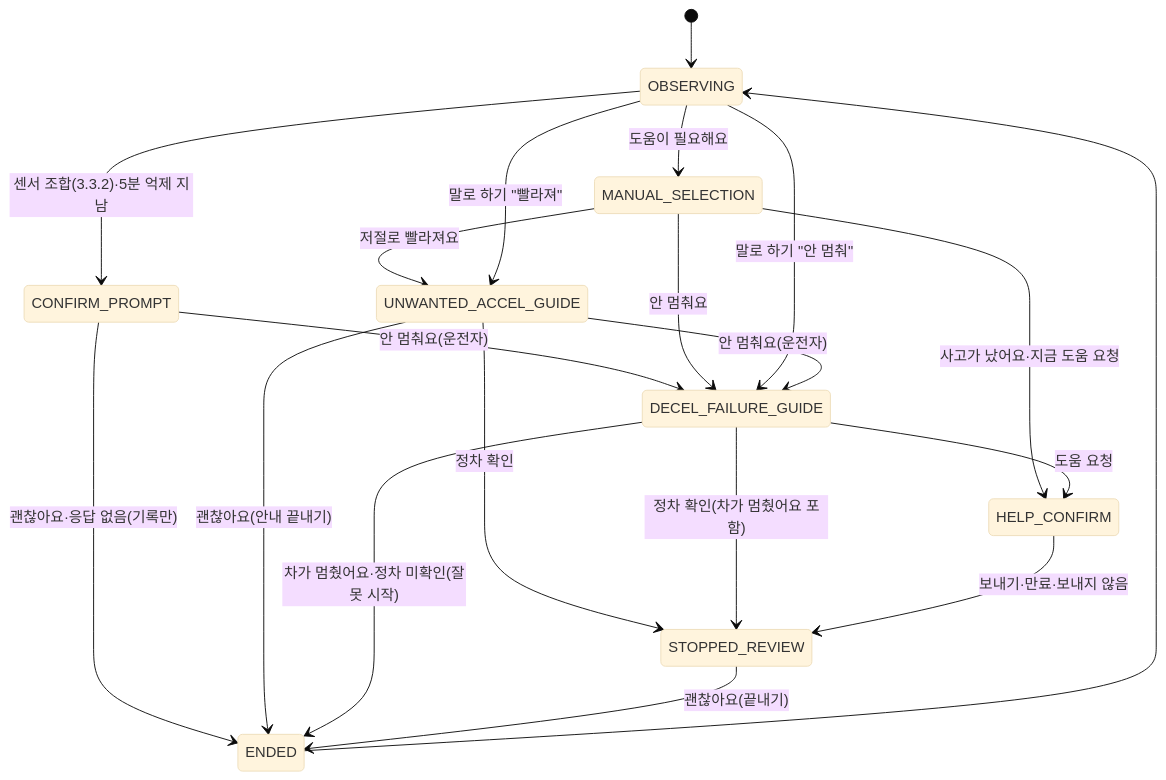
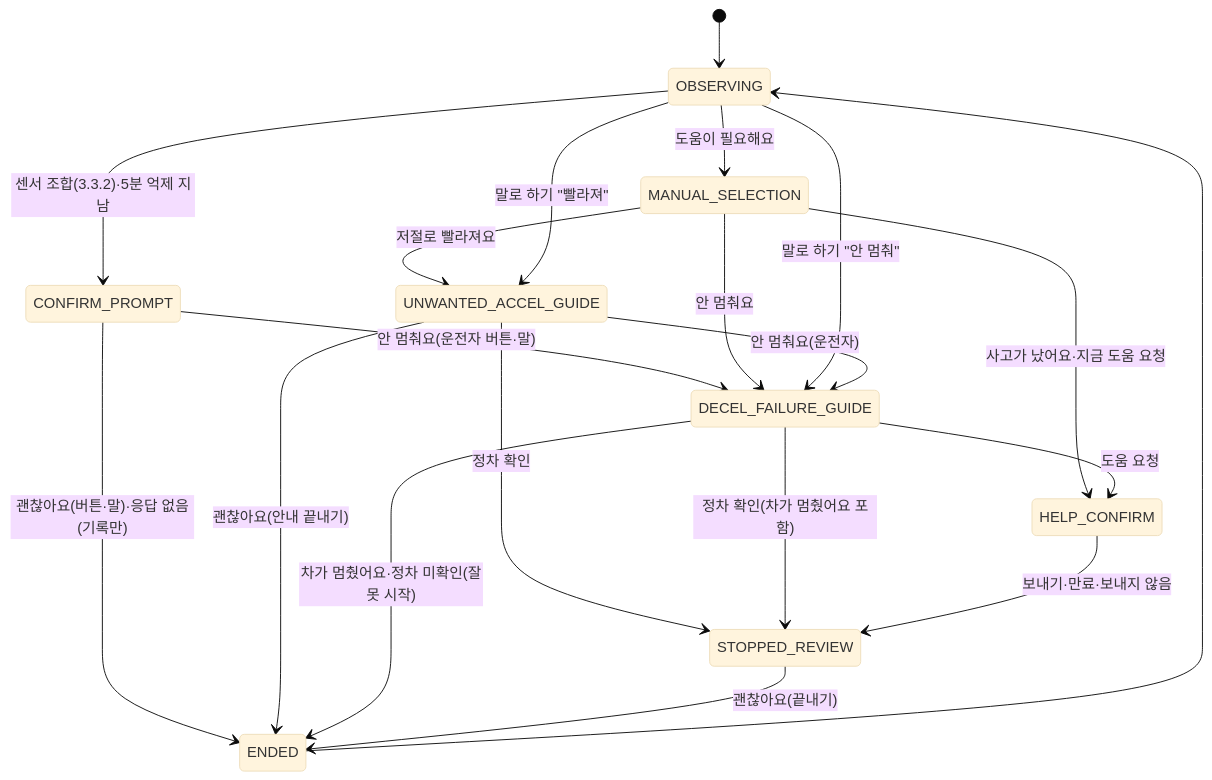
One commit to himangga01/pleos_super_guard changed the second of 3 diagrams in hyundai_app_market/docs/analysis/integrated-vehicle-care-2026-11-12.md. Above: the diagram before and after it, drawn with Mermaid (base theme). The commit also changed other lines of this file and 11 other files, not shown here.

````diff
--- a/hyundai_app_market/docs/analysis/integrated-vehicle-care-2026-11-12.md
+++ b/hyundai_app_market/docs/analysis/integrated-vehicle-care-2026-11-12.md
@@ -562,22 +562,22 @@
 ```mermaid
 stateDiagram-v2
   [*] --> OBSERVING
   OBSERVING --> CONFIRM_PROMPT: 센서 조합(3.3.2)·5분 억제 지남
-  CONFIRM_PROMPT --> DECEL_FAILURE_GUIDE: 안 멈춰요(운전자)
-  CONFIRM_PROMPT --> ENDED: 괜찮아요·응답 없음(기록만)
+  CONFIRM_PROMPT --> DECEL_FAILURE_GUIDE: 안 멈춰요(운전자 버튼·말)
+  CONFIRM_PROMPT --> ENDED: 괜찮아요(버튼·말)·응답 없음(기록만)
   OBSERVING --> MANUAL_SELECTION: 도움이 필요해요
   MANUAL_SELECTION --> UNWANTED_ACCEL_GUIDE: 저절로 빨라져요
   MANUAL_SELECTION --> DECEL_FAILURE_GUIDE: 안 멈춰요
   MANUAL_SELECTION --> HELP_CONFIRM: 사고가 났어요·지금 도움 요청
   OBSERVING --> UNWANTED_ACCEL_GUIDE: 말로 하기 "빨라져"
   OBSERVING --> DECEL_FAILURE_GUIDE: 말로 하기 "안 멈춰"
   UNWANTED_ACCEL_GUIDE --> DECEL_FAILURE_GUIDE: 안 멈춰요(운전자)
   UNWANTED_ACCEL_GUIDE --> ENDED: 괜찮아요(안내 끝내기)
   UNWANTED_ACCEL_GUIDE --> STOPPED_REVIEW: 정차 확인
   DECEL_FAILURE_GUIDE --> STOPPED_REVIEW: 정차 확인(차가 멈췄어요 포함)
   DECEL_FAILURE_GUIDE --> ENDED: 차가 멈췄어요·정차 미확인(잘못 시작)
   DECEL_FAILURE_GUIDE --> HELP_CONFIRM: 도움 요청
   HELP_CONFIRM --> STOPPED_REVIEW: 보내기·만료·보내지 않음
   STOPPED_REVIEW --> ENDED: 괜찮아요(끝내기)
   ENDED --> OBSERVING
 ```
````
